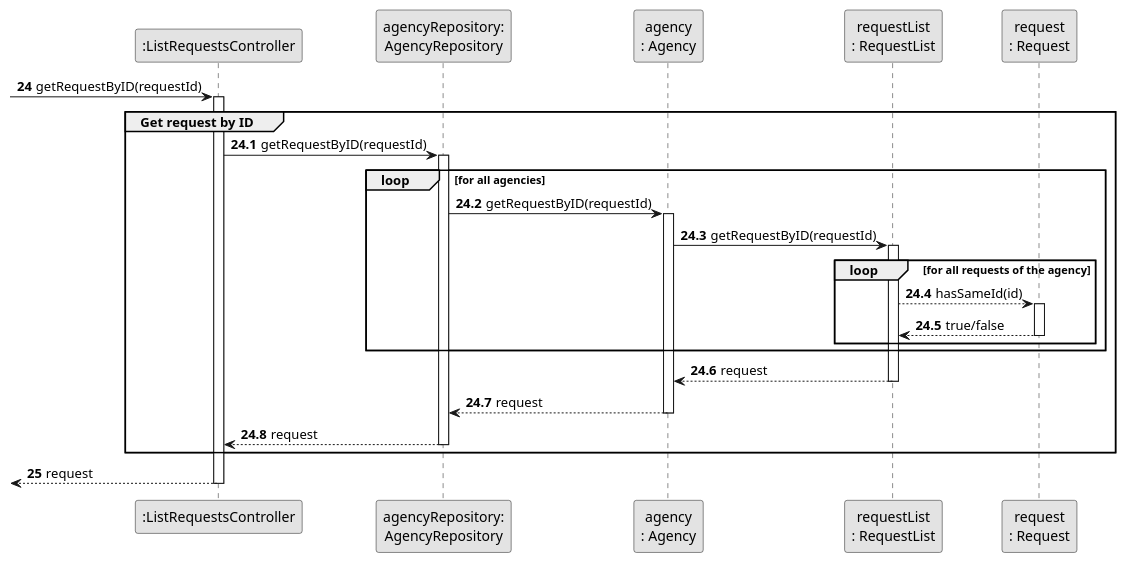
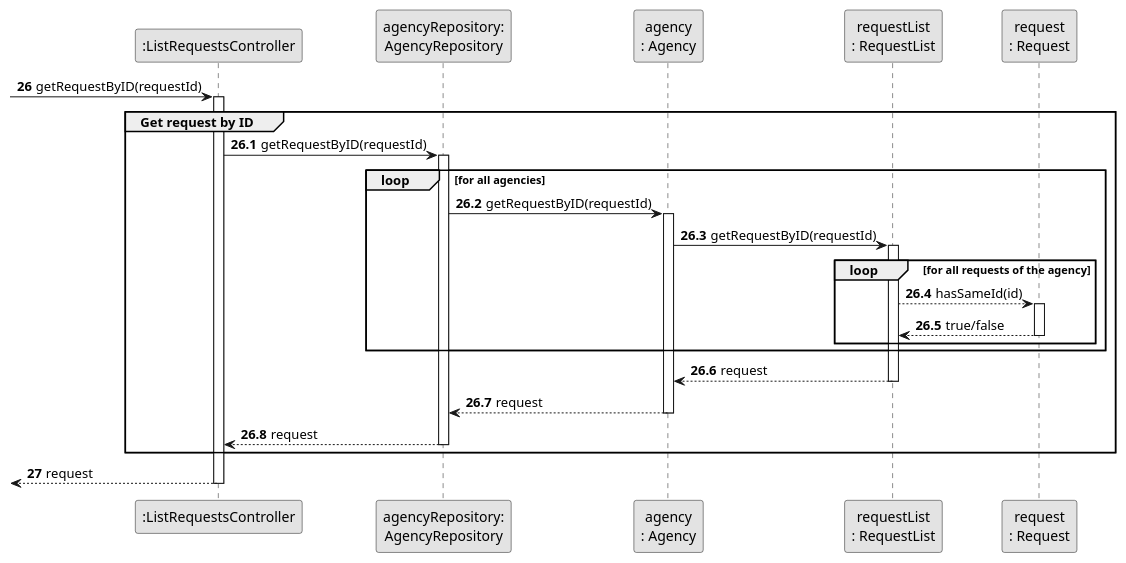
Before and after one commit to rita-barbosa/LAPR2-2223: the diagram in docs/sprintD/us008/03.design/puml/us008-sequence-diagram-partial-get-request-by-id.puml, drawn with PlantUML. The commit also changed 17 other files, not shown here.

Commit message:
Update Sequence Diagram (split & partials) & Class Diagram + SVG's [US008][Design]

```diff
--- a/docs/sprintD/us008/03.design/puml/us008-sequence-diagram-partial-get-request-by-id.puml
+++ b/docs/sprintD/us008/03.design/puml/us008-sequence-diagram-partial-get-request-by-id.puml
@@ -1,59 +1,59 @@
 @startuml
 skinparam monochrome true
 skinparam packageStyle rectangle
 skinparam shadowing false
 
 
 participant ":ListRequestsController" as CTRL
 participant "agencyRepository:\nAgencyRepository" as AgencyRepository
 participant "agency\n: Agency" as AGENCY
 participant "requestList\n: RequestList" as ReqList
 participant "request\n: Request" as REQUEST
 
 
-autonumber 24
+autonumber 26
     -> CTRL: getRequestByID(requestId)
     activate CTRL
 
 group Get request by ID
 
-autonumber 24.1
+autonumber 26.1
 
     CTRL -> AgencyRepository: getRequestByID(requestId)
     activate AgencyRepository
 
     loop for all agencies
 
         AgencyRepository -> AGENCY: getRequestByID(requestId)
         activate AGENCY
 
             AGENCY -> ReqList: getRequestByID(requestId)
 
             loop for all requests of the agency
 
                 activate ReqList
 
                 ReqList --> REQUEST: hasSameId(id)
 
                 activate REQUEST
 
                     REQUEST --> ReqList: true/false
                 deactivate REQUEST
             end
     end
 
     ReqList --> AGENCY: request
     deactivate ReqList
 
     AGENCY --> AgencyRepository: request
     deactivate AGENCY
 
     AgencyRepository --> CTRL: request
     deactivate AgencyRepository
 
 end group
-autonumber 25
+autonumber 27
      <-- CTRL: request
      deactivate CTRL
 
 @enduml
```
